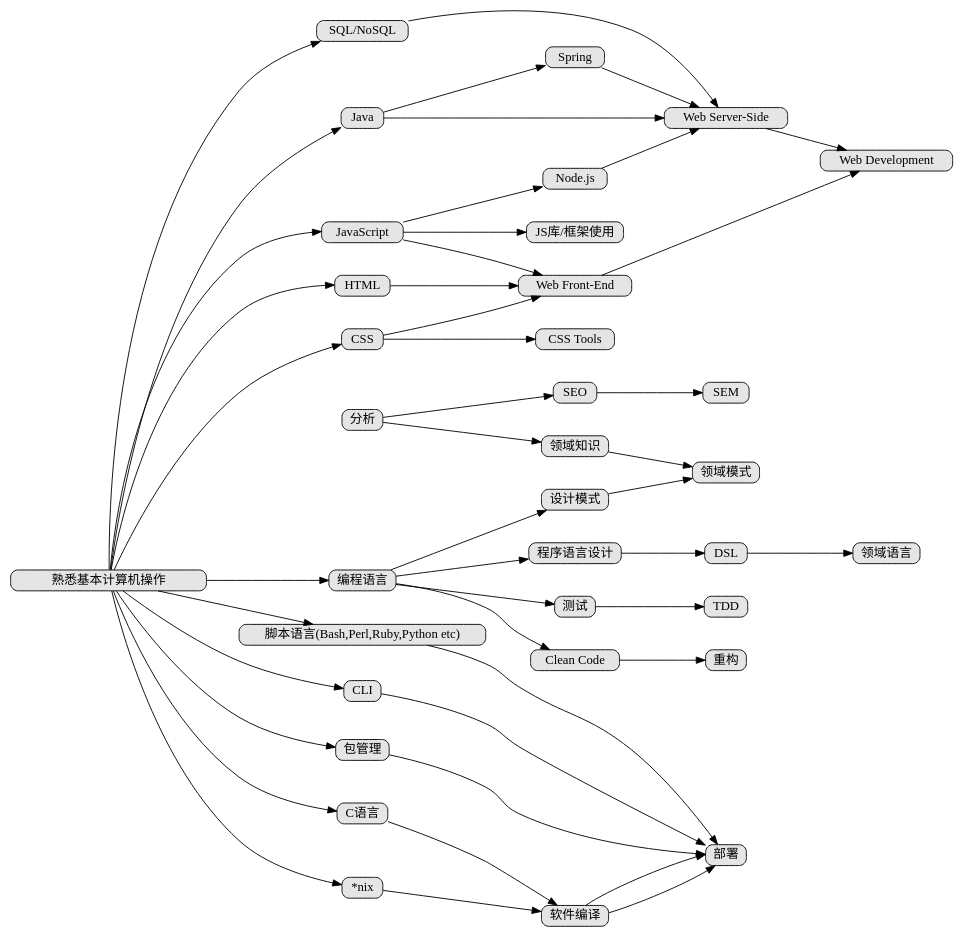
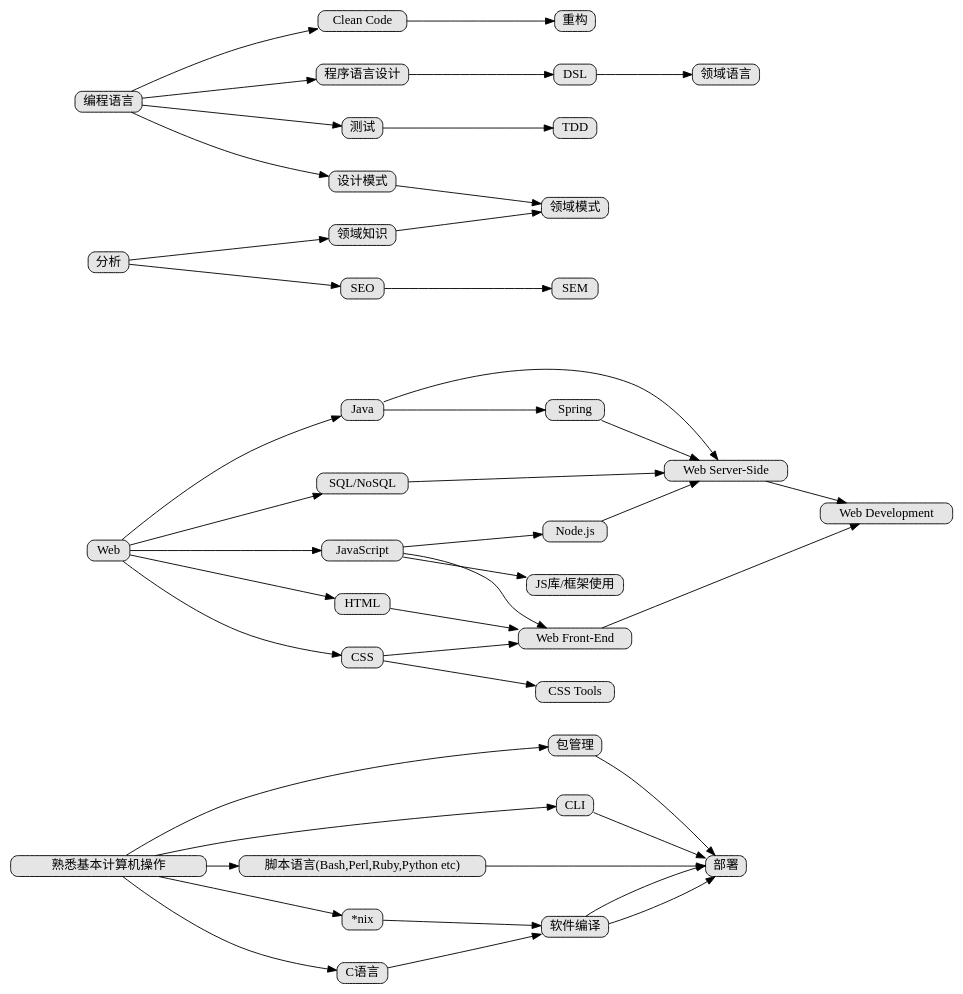
One commit to phodal/sherlock changed the diagram in tree/tree.dot. Above: the diagram before and after it, drawn with Graphviz. The commit also changed 3 other files, not shown here.

```diff
--- a/tree/tree.dot
+++ b/tree/tree.dot
@@ -1,37 +1,37 @@
 digraph tree
 {
     nodesep=0.5;
     charset="UTF-8";
     rankdir=LR;
     fixedsize=true;
     node [style="rounded,filled", width=0, height=0, shape=box, fillcolor="#E5E5E5", concentrate=true]
 
     computer [label="熟悉基本计算机操作" shape=box, width=3]
-    computer -> "Java" -> "Web Server-Side"
+
+    Web -> "Java" -> "Web Server-Side"
     "Java" -> "Spring" -> "Web Server-Side"
-    computer -> "JavaScript" -> "Web Front-End"
-    computer -> "HTML" -> "Web Front-End"
-    computer -> "CSS" -> "Web Front-End"
+    Web -> "JavaScript" -> "Web Front-End"
+    Web -> "HTML" -> "Web Front-End"
+    Web -> "CSS" -> "Web Front-End"
     "CSS" -> "CSS Tools"
     "JavaScript" -> "Node.js" -> "Web Server-Side"
     "JavaScript" -> "JS库/框架使用"
-    computer -> "SQL/NoSQL" -> "Web Server-Side"
+    Web -> "SQL/NoSQL" -> "Web Server-Side"
     "Web Server-Side" -> "Web Development"
     "Web Front-End" -> "Web Development"
 
-    computer -> "编程语言"
     "编程语言" -> "设计模式" -> "领域模式"
     "编程语言" -> "测试"
     "测试" -> "TDD"
     "编程语言" -> "Clean Code"
     "Clean Code" -> "重构"
     "分析" -> "领域知识" -> "领域模式"
     "分析" -> "SEO" -> "SEM"
     "编程语言" -> "程序语言设计" -> "DSL" -> "领域语言"
 
     computer -> "包管理" -> "部署"
     computer -> "CLI" -> "部署"
     computer -> "脚本语言(Bash,Perl,Ruby,Python etc)" -> "部署"
     computer -> "*nix" -> "软件编译" -> "部署"
     computer -> "C语言" -> "软件编译" -> "部署"
 }
```
